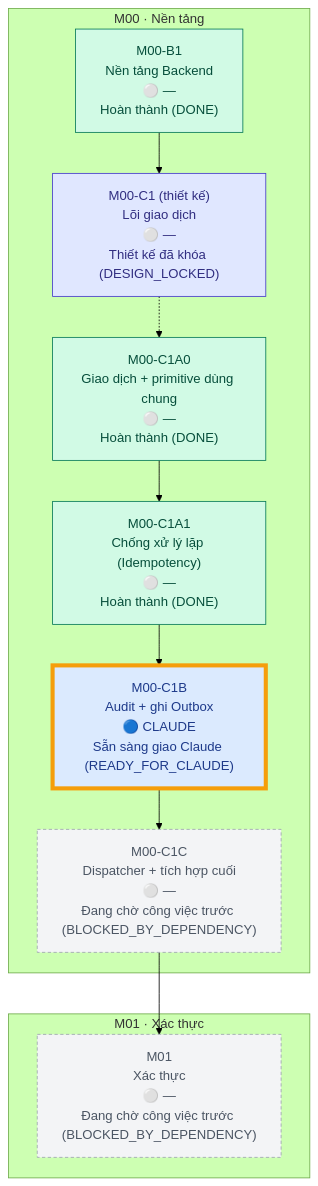
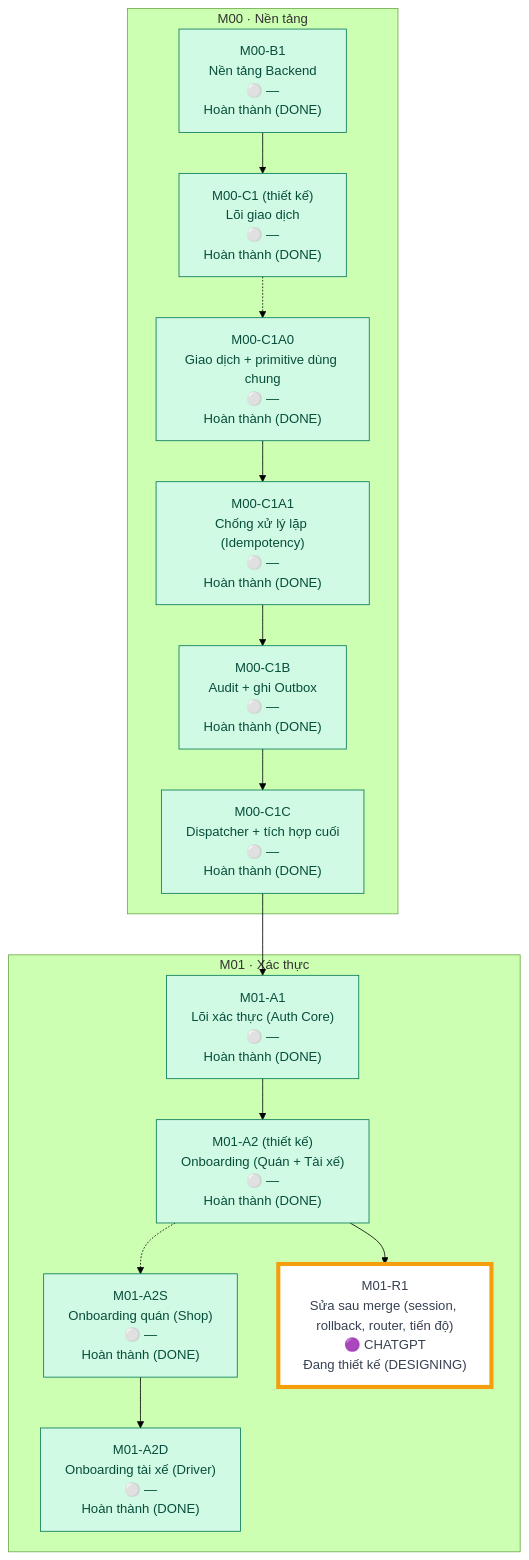
Before and after one commit to trungtn87/11ship: the diagram in docs/PROGRESS.md, drawn with Mermaid (forest theme). The commit also changed other lines of this file and 12 other files, not shown here.

````diff
--- a/docs/PROGRESS.md
+++ b/docs/PROGRESS.md
@@ -37,36 +38,42 @@
 ```mermaid
 flowchart TD
   subgraph M00_box["M00 · Nền tảng"]
     M00_B1["M00-B1<br/>Nền tảng Backend<br/>⚪ —<br/>Hoàn thành (DONE)"]
-    M00_C1["M00-C1 (thiết kế)<br/>Lõi giao dịch<br/>⚪ —<br/>Thiết kế đã khóa (DESIGN_LOCKED)"]
+    M00_C1["M00-C1 (thiết kế)<br/>Lõi giao dịch<br/>⚪ —<br/>Hoàn thành (DONE)"]
     M00_C1A0["M00-C1A0<br/>Giao dịch + primitive dùng chung<br/>⚪ —<br/>Hoàn thành (DONE)"]
     M00_C1A1["M00-C1A1<br/>Chống xử lý lặp (Idempotency)<br/>⚪ —<br/>Hoàn thành (DONE)"]
-    M00_C1B["M00-C1B<br/>Audit + ghi Outbox<br/>🔵 CLAUDE<br/>Sẵn sàng giao Claude (READY_FOR_CLAUDE)"]
-    M00_C1C["M00-C1C<br/>Dispatcher + tích hợp cuối<br/>⚪ —<br/>Đang chờ công việc trước (BLOCKED_BY_DEPENDENCY)"]
+    M00_C1B["M00-C1B<br/>Audit + ghi Outbox<br/>⚪ —<br/>Hoàn thành (DONE)"]
+    M00_C1C["M00-C1C<br/>Dispatcher + tích hợp cuối<br/>⚪ —<br/>Hoàn thành (DONE)"]
   end
   subgraph M01_box["M01 · Xác thực"]
-    M01["M01<br/>Xác thực<br/>⚪ —<br/>Đang chờ công việc trước (BLOCKED_BY_DEPENDENCY)"]
+    M01_A1["M01-A1<br/>Lõi xác thực (Auth Core)<br/>⚪ —<br/>Hoàn thành (DONE)"]
+    M01_A2["M01-A2 (thiết kế)<br/>Onboarding (Quán + Tài xế)<br/>⚪ —<br/>Hoàn thành (DONE)"]
+    M01_A2S["M01-A2S<br/>Onboarding quán (Shop)<br/>⚪ —<br/>Hoàn thành (DONE)"]
+    M01_A2D["M01-A2D<br/>Onboarding tài xế (Driver)<br/>⚪ —<br/>Hoàn thành (DONE)"]
+    M01_R1["M01-R1<br/>Sửa sau merge (session, rollback, router, tiến độ)<br/>🟣 CHATGPT<br/>Đang thiết kế (DESIGNING)"]
   end
 
   M00_B1 --> M00_C1
   M00_C1 -.-> M00_C1A0
   M00_C1A0 --> M00_C1A1
   M00_C1A1 --> M00_C1B
   M00_C1B --> M00_C1C
-  M00_C1C --> M01
+  M00_C1C --> M01_A1
+  M01_A1 --> M01_A2
+  M01_A2 -.-> M01_A2S
+  M01_A2S --> M01_A2D
+  M01_A2 --> M01_R1
 
   classDef done fill:#d1fae5,stroke:#047857,color:#064e3b
   classDef locked fill:#e0e7ff,stroke:#4338ca,color:#312e81
   classDef ready fill:#dbeafe,stroke:#1d4ed8,color:#1e3a8a
   classDef active fill:#fef9c3,stroke:#a16207,color:#713f12
   classDef failed fill:#fee2e2,stroke:#b91c1c,color:#7f1d1d
   classDef review fill:#f3e8ff,stroke:#7e22ce,color:#581c87
   classDef blocked fill:#f3f4f6,stroke:#9ca3af,color:#4b5563,stroke-dasharray:4 3
   classDef planned fill:#ffffff,stroke:#9ca3af,color:#374151
   classDef focus stroke:#f59e0b,stroke-width:5px
-  class M00_B1,M00_C1A0,M00_C1A1 done
-  class M00_C1 locked
-  class M00_C1B ready
-  class M00_C1C,M01 blocked
-  class M00_C1B focus
+  class M00_B1,M00_C1,M00_C1A0,M00_C1A1,M00_C1B,M00_C1C,M01_A1,M01_A2,M01_A2S,M01_A2D done
+  class M01_R1 planned
+  class M01_R1 focus
 ```
````
